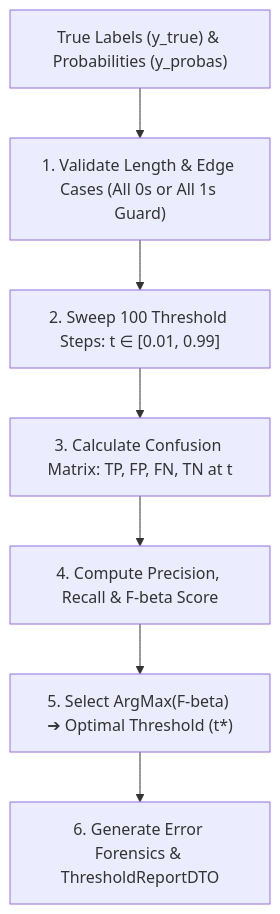
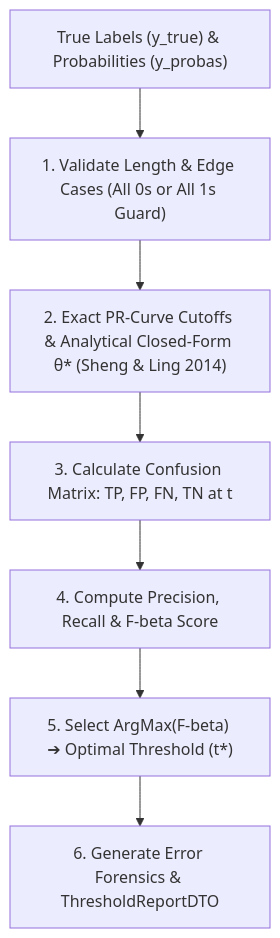
One commit to sadik004/ml-mcp changed the second of 2 diagrams in docs/tools/ml_tune_threshold_and_errors.md. Above: the diagram before and after it, drawn with Mermaid. The commit also changed 11 other files, not shown here.

````diff
--- a/docs/tools/ml_tune_threshold_and_errors.md
+++ b/docs/tools/ml_tune_threshold_and_errors.md
@@ -81,9 +81,9 @@
 ```mermaid
 flowchart TD
     A["True Labels (y_true) & Probabilities (y_probas)"] --> B["1. Validate Length & Edge Cases (All 0s or All 1s Guard)"]
-    B --> C["2. Sweep 100 Threshold Steps: t ∈ [0.01, 0.99]"]
+    B --> C["2. Exact PR-Curve Cutoffs & Analytical Closed-Form θ* (Sheng & Ling 2014)"]
     C --> D["3. Calculate Confusion Matrix: TP, FP, FN, TN at t"]
     D --> E["4. Compute Precision, Recall & F-beta Score"]
     E --> F["5. Select ArgMax(F-beta) ➔ Optimal Threshold (t*)"]
     F --> G["6. Generate Error Forensics & ThresholdReportDTO"]
 ```
````
